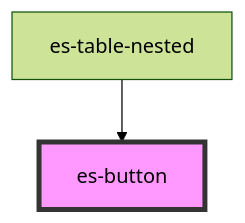
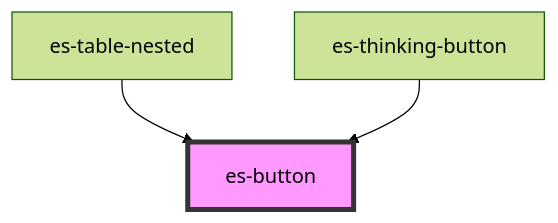
Before and after one commit to EventStore/Design-System: the diagram in packages/components/src/components/buttons/es-button/readme.md, drawn with Mermaid (forest theme). The commit also changed other lines of this file and 48 other files, not shown here.

````diff
--- a/packages/components/src/components/buttons/es-button/readme.md
+++ b/packages/components/src/components/buttons/es-button/readme.md
@@ -80,5 +81,6 @@
 ```mermaid
 graph TD;
   es-table-nested --> es-button
+  es-thinking-button --> es-button
   style es-button fill:#f9f,stroke:#333,stroke-width:4px
 ```
````
